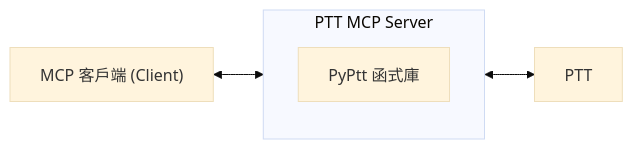
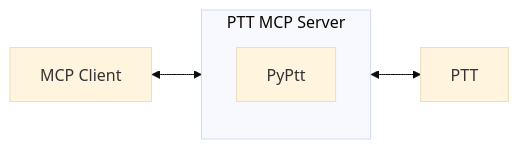
Before and after one commit to PyPtt/ptt_mcp_server: the diagram in README.md, drawn with Mermaid (base theme). The commit also changed 3 other files, not shown here.

````diff
--- a/README.md
+++ b/README.md
@@ -85,13 +85,13 @@
 ```mermaid
 graph LR
-    A["MCP 客戶端 (Client)"]
+    A["MCP Client"]
 
     subgraph B ["PTT MCP Server"]
-        D["PyPtt 函式庫"]
+        D["PyPtt"]
     end
 
     C["PTT"]
 
     A <--> B
     B <--> C
 ```
````
